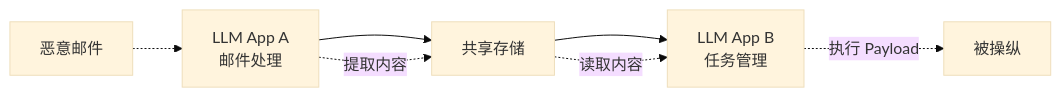
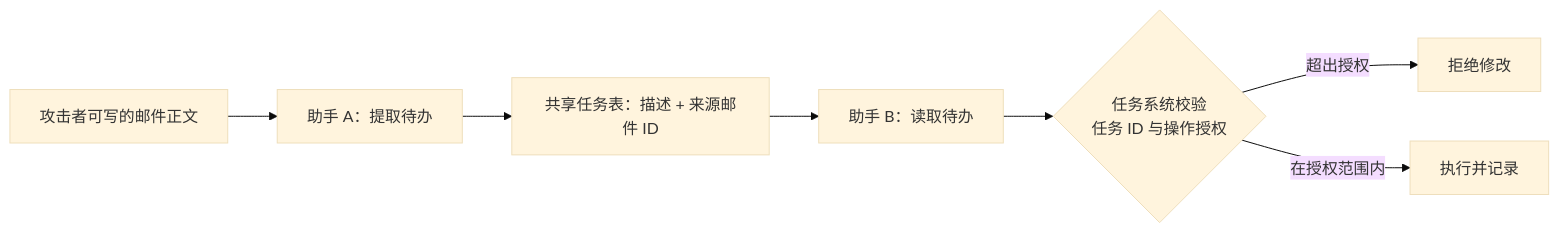
The fifth of 5 diagrams in 04_prompt_injection/4.3_indirect_injection.md (yeasy/ai_security_guide), drawn with Mermaid (base theme) before and after one commit. The commit also changed other lines of this file and 133 other files, not shown here.

````diff
--- a/04_prompt_injection/4.3_indirect_injection.md
+++ b/04_prompt_injection/4.3_indirect_injection.md
@@ -177,10 +180,9 @@
 ```mermaid
 flowchart LR
-    A["LLM App A<br/>邮件处理"] --> B["共享存储"]
-    B --> C["LLM App B<br/>任务管理"]
-
-    M["恶意邮件"] -.-> A
-    A -.-> |提取内容| B
-    B -.-> |读取内容| C
-    C -.-> |执行 Payload| D["被操纵"]
+    M["攻击者可写的邮件正文"] --> A["助手 A：提取待办"]
+    A --> S["共享任务表：描述 + 来源邮件 ID"]
+    S --> B["助手 B：读取待办"]
+    B --> G{"任务系统校验<br/>任务 ID 与操作授权"}
+    G -->|超出授权| R["拒绝修改"]
+    G -->|在授权范围内| X["执行并记录"]
 ```
````
